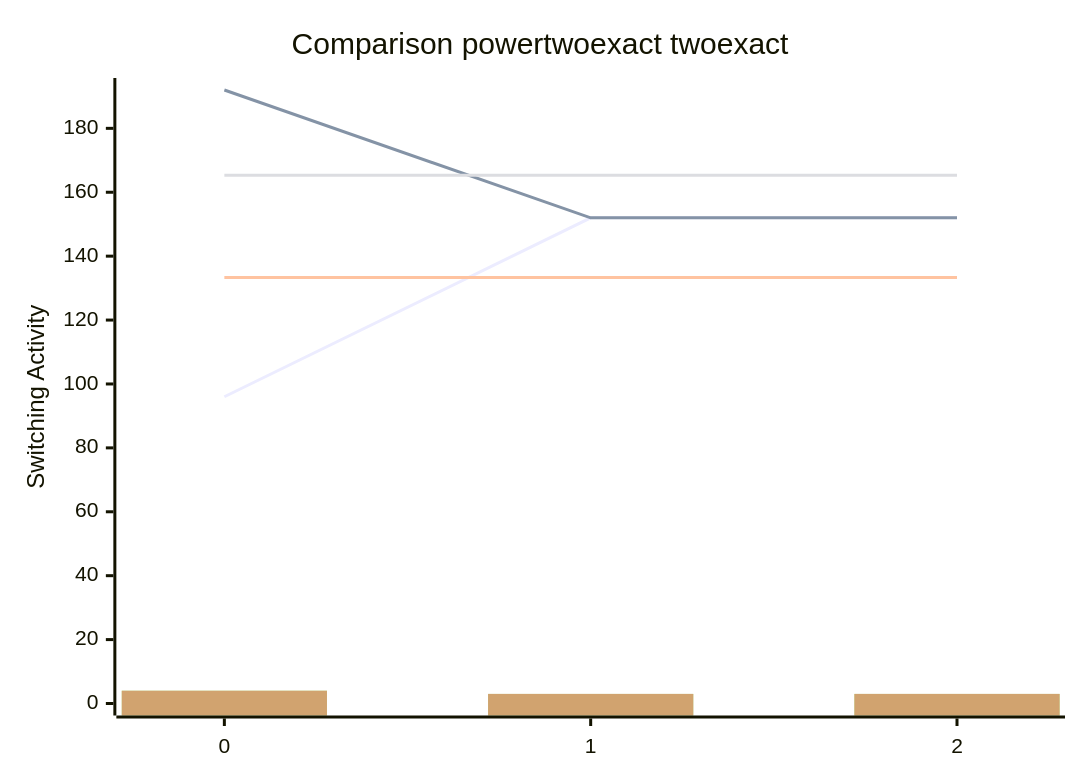
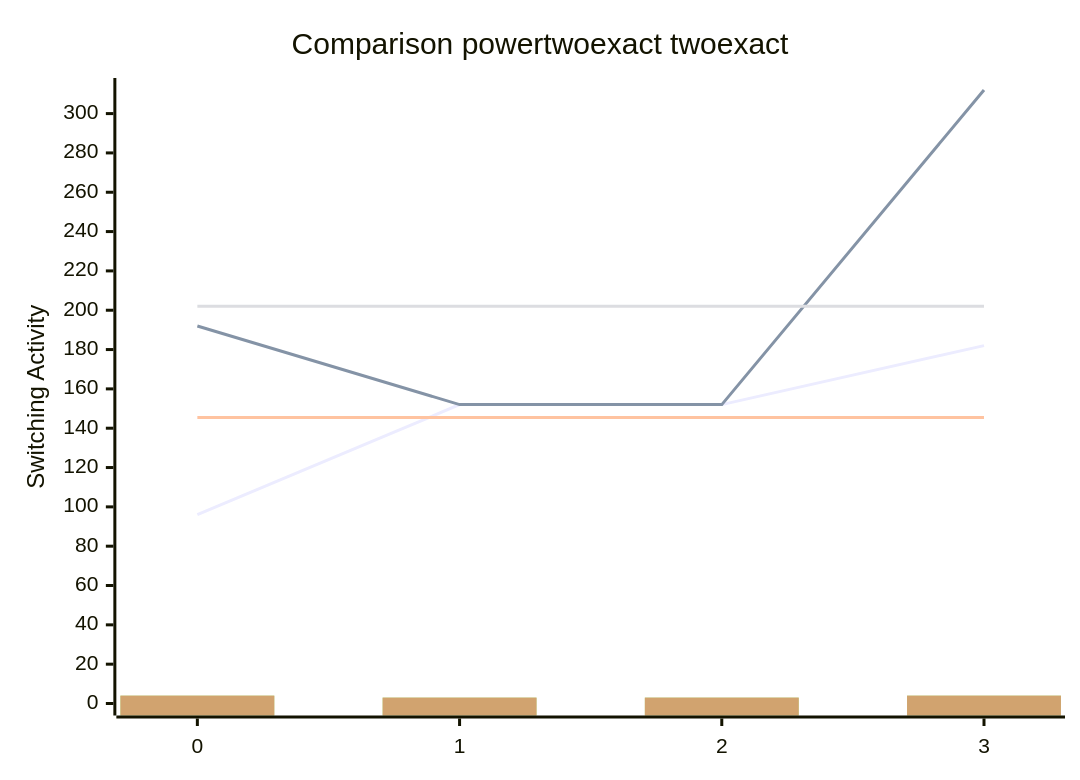
One commit to FeldmeierMichael/Exact-Power-Synthesis changed the diagram in benchmark.md. Above: the diagram before and after it, drawn with Mermaid. The commit also changed other lines of this file and 2 other files, not shown here.

````diff
--- a/benchmark.md
+++ b/benchmark.md
@@ -7,12 +9,12 @@
 ```mermaid
 xychart-beta
     title "Comparison powertwoexact twoexact"
-    x-axis [0, 1, 2]
-    y-axis "Switching Activity" 0-->192
-    line [96, 152, 152]
-    line [192, 152, 152]
-    line [133.33333333333334, 133.33333333333334, 133.33333333333334]
-    line [165.33333333333334, 165.33333333333334, 165.33333333333334]
-    bar [4, 3, 3, 4, 3, 3, 4, 3, 3, 4, 3, 3, 4, 3, 3, 4, 3, 3, 4, 3, 3, 4, 3, 3, 4, 3, 3, 4, 3, 3, 4, 3, 3, 4, 3, 3, 4, 3, 3, 4, 3, 3, 4, 3, 3, 4, 3, 3, 4, 3, 3, 4, 3, 3, 4, 3, 3, 4, 3, 3]
-    bar [4, 3, 3, 4, 3, 3, 4, 3, 3, 4, 3, 3, 4, 3, 3, 4, 3, 3, 4, 3, 3, 4, 3, 3, 4, 3, 3, 4, 3, 3, 4, 3, 3, 4, 3, 3, 4, 3, 3, 4, 3, 3, 4, 3, 3, 4, 3, 3, 4, 3, 3, 4, 3, 3, 4, 3, 3, 4, 3, 3]
+    x-axis [0, 1, 2, 3]
+    y-axis "Switching Activity" 0-->312
+    line [96, 152, 152, 182]
+    line [192, 152, 152, 312]
+    line [145.5, 145.5, 145.5, 145.5]
+    line [202.0, 202.0, 202.0, 202.0]
+    bar [4, 3, 3, 4, 4, 3, 3, 4, 4, 3, 3, 4, 4, 3, 3, 4, 4, 3, 3, 4, 4, 3, 3, 4, 4, 3, 3, 4, 4, 3, 3, 4, 4, 3, 3, 4, 4, 3, 3, 4, 4, 3, 3, 4, 4, 3, 3, 4, 4, 3, 3, 4, 4, 3, 3, 4, 4, 3, 3, 4, 4, 3, 3, 4, 4, 3, 3, 4, 4, 3, 3, 4, 4, 3, 3, 4, 4, 3, 3, 4]
+    bar [4, 3, 3, 4, 4, 3, 3, 4, 4, 3, 3, 4, 4, 3, 3, 4, 4, 3, 3, 4, 4, 3, 3, 4, 4, 3, 3, 4, 4, 3, 3, 4, 4, 3, 3, 4, 4, 3, 3, 4, 4, 3, 3, 4, 4, 3, 3, 4, 4, 3, 3, 4, 4, 3, 3, 4, 4, 3, 3, 4, 4, 3, 3, 4, 4, 3, 3, 4, 4, 3, 3, 4, 4, 3, 3, 4, 4, 3, 3, 4]
 ```
````
